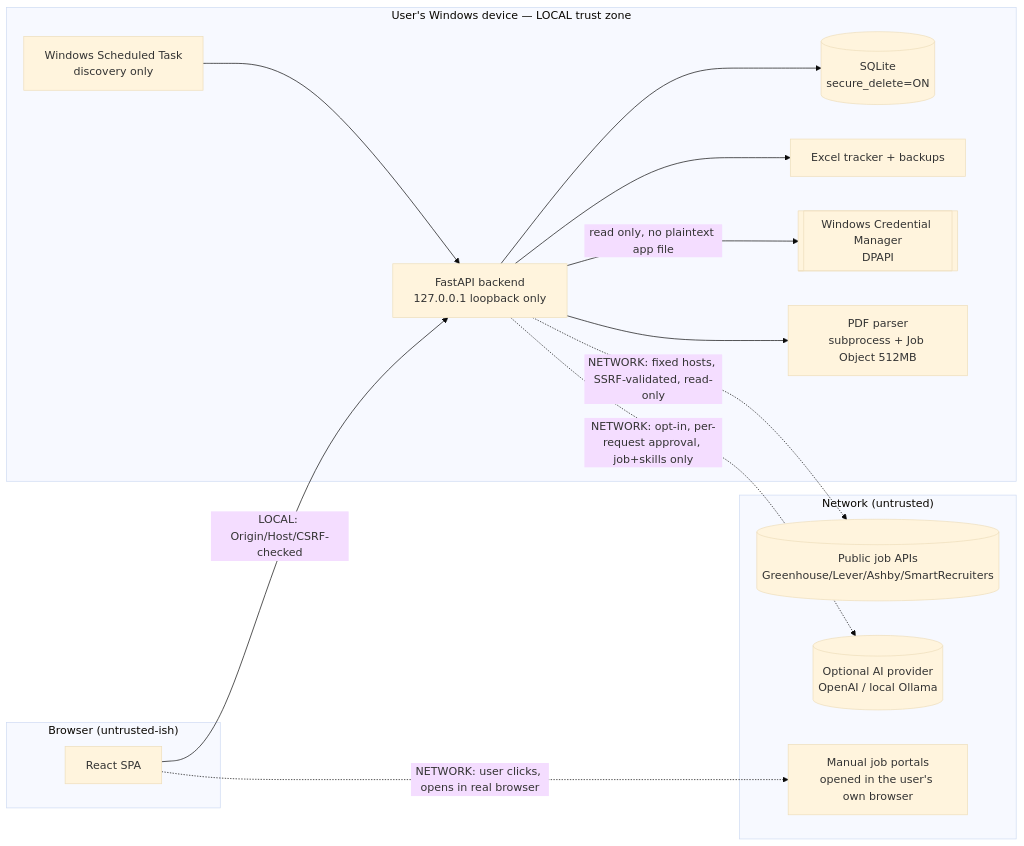
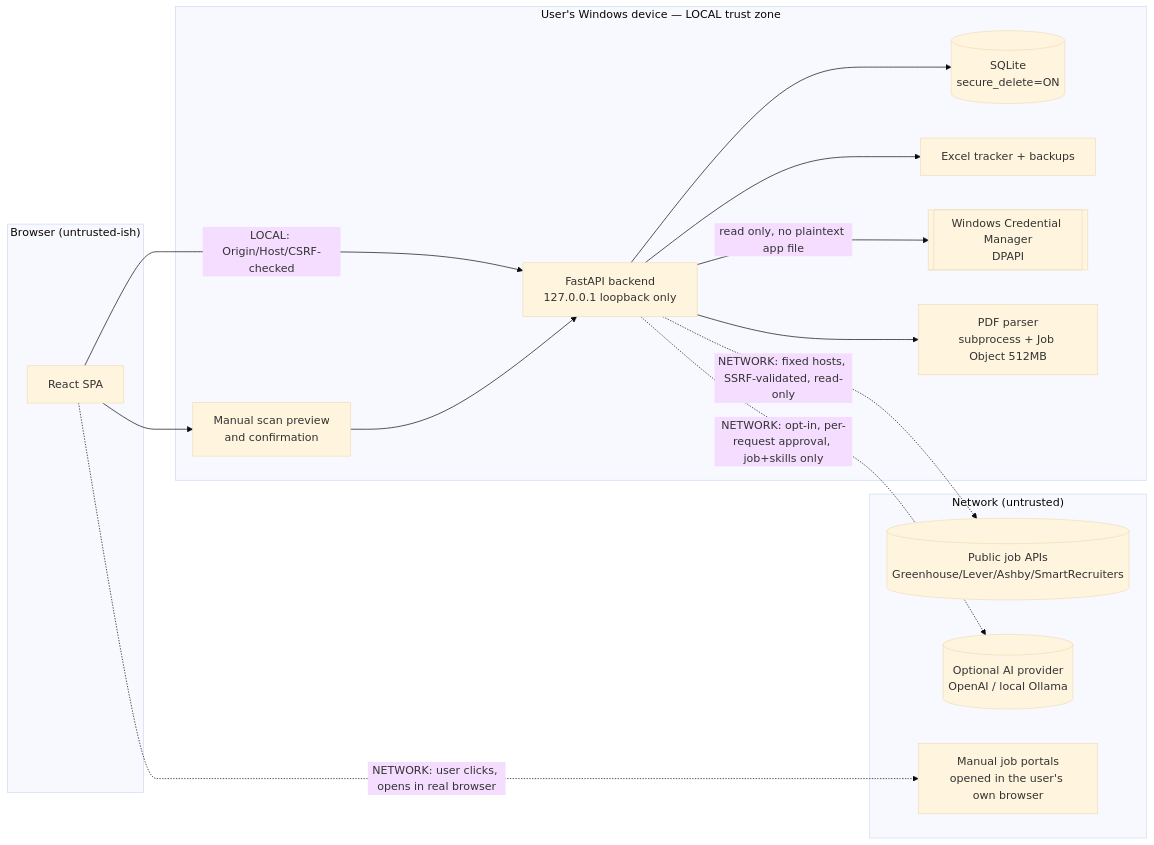
One commit to SoSwag5/ASTRA changed the diagram in docs/THREAT_MODEL.md. Above: the diagram before and after it, drawn with Mermaid (base theme). The commit also changed other lines of this file and 41 other files, not shown here.

````diff
--- a/docs/THREAT_MODEL.md
+++ b/docs/THREAT_MODEL.md
@@ -43,29 +50,30 @@
 ```mermaid
 flowchart LR
     subgraph browser["Browser (untrusted-ish)"]
         UI[React SPA]
     end
     subgraph device["User's Windows device — LOCAL trust zone"]
         API[FastAPI backend<br/>127.0.0.1 loopback only]
         DB[(SQLite<br/>secure_delete=ON)]
         XLSX[Excel tracker + backups]
         CRED[[Windows Credential Manager<br/>DPAPI]]
         PARSE[PDF parser<br/>subprocess + Job Object 512MB]
-        TASK[Windows Scheduled Task<br/>discovery only]
+        SCAN[Manual scan preview<br/>and confirmation]
     end
     subgraph net["Network (untrusted)"]
         JOBS[(Public job APIs<br/>Greenhouse/Lever/Ashby/SmartRecruiters)]
         AI[(Optional AI provider<br/>OpenAI / local Ollama)]
         PORTALS[Manual job portals<br/>opened in the user's own browser]
     end
 
     UI -->|"LOCAL: Origin/Host/CSRF-checked"| API
     API --> DB
     API --> XLSX
     API -->|read only, no plaintext app file| CRED
     API --> PARSE
     API -.->|"NETWORK: fixed hosts, SSRF-validated, read-only"| JOBS
     API -.->|"NETWORK: opt-in, per-request approval, job+skills only"| AI
     UI -.->|"NETWORK: user clicks, opens in real browser"| PORTALS
-    TASK --> API
+    UI --> SCAN
+    SCAN --> API
 ```
````
